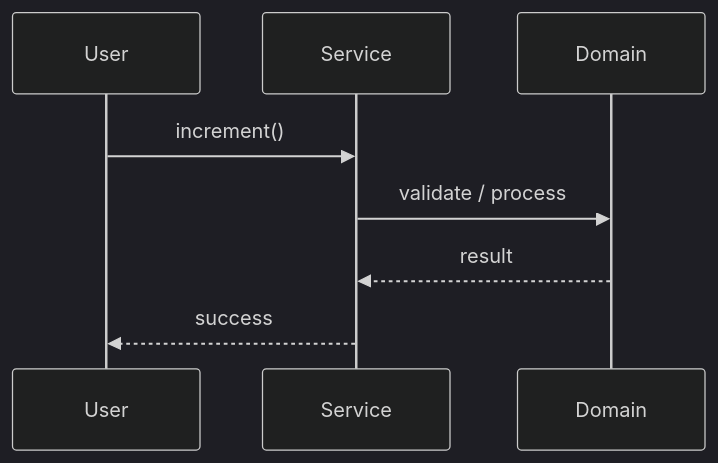
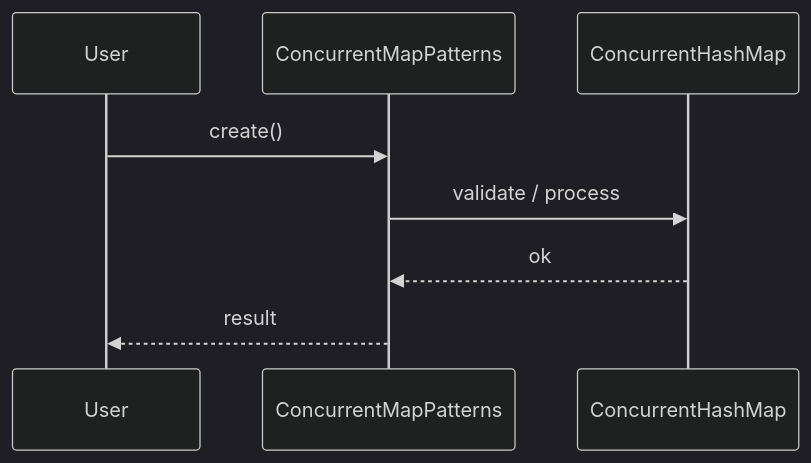
The second of 3 diagrams in Learn/System Design - Low Level Design/04-concurrency-lld/questions/Q15-concurrent-hashmap-patterns.md (madhupaila/Interview-Prep-SSE), drawn with Mermaid (dark theme) before and after one commit. The commit also changed other lines of this file and 491 other files, not shown here.

````diff
--- a/Learn/System Design - Low Level Design/04-concurrency-lld/questions/Q15-concurrent-hashmap-patterns.md
+++ b/Learn/System Design - Low Level Design/04-concurrency-lld/questions/Q15-concurrent-hashmap-patterns.md
@@ -119,10 +148,10 @@
 ```mermaid
 sequenceDiagram
-    participant U as User
-    participant S as Service
-    participant D as Domain
-    U->>S: increment()
-    S->>D: validate / process
-    D-->>S: result
-    S-->>U: success
+participant U as User
+participant S as ConcurrentMapPatterns
+participant D as ConcurrentHashMap
+U->>S: create()
+S->>D: validate / process
+D-->>S: ok
+S-->>U: result
 ```
````
